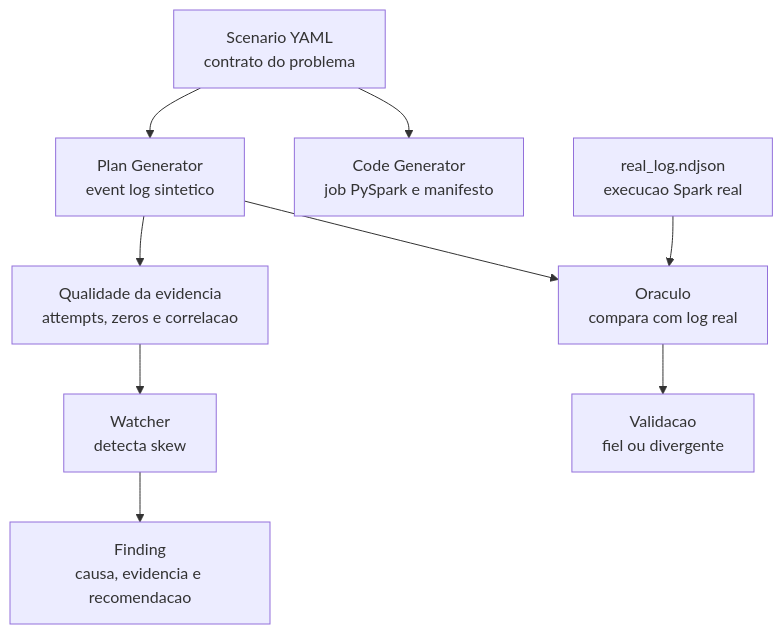
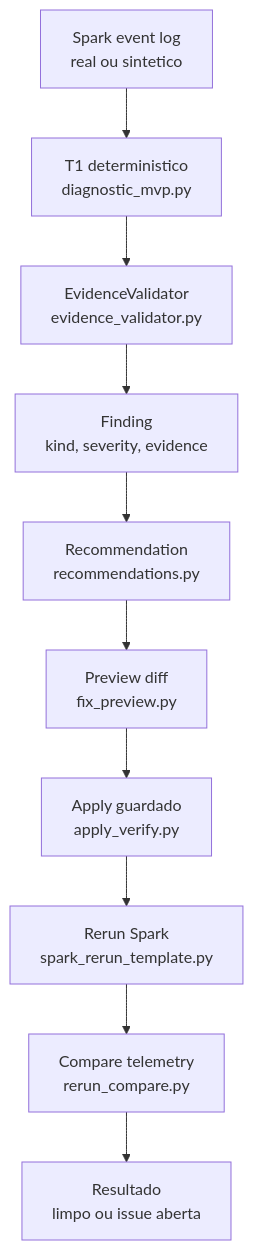
The diagram in README.md (luanmorenommaciel/apex), drawn with Mermaid before and after one commit. The commit also changed other lines of this file and 3 other files, not shown here.

````diff
--- a/README.md
+++ b/README.md
@@ -54,11 +47,12 @@
 ```mermaid
 flowchart TD
-    A["Scenario YAML<br/>contrato do problema"] --> B["Plan Generator<br/>event log sintetico"]
-    A --> C["Code Generator<br/>job PySpark e manifesto"]
-    B --> Q["Qualidade da evidencia<br/>attempts, zeros e correlacao"]
-    Q --> D["Watcher<br/>detecta skew"]
-    D --> E["Finding<br/>causa, evidencia e recomendacao"]
-    B --> F["Oraculo<br/>compara com log real"]
-    G["real_log.ndjson<br/>execucao Spark real"] --> F
-    F --> H["Validacao<br/>fiel ou divergente"]
+    LOG["Spark event log<br/>real ou sintetico"] --> T1["T1 deterministico<br/>diagnostic_mvp.py"]
+    T1 --> VAL["EvidenceValidator<br/>evidence_validator.py"]
+    VAL --> FIND["Finding<br/>kind, severity, evidence"]
+    FIND --> REC["Recommendation<br/>recommendations.py"]
+    REC --> PREV["Preview diff<br/>fix_preview.py"]
+    PREV --> APPLY["Apply guardado<br/>apply_verify.py"]
+    APPLY --> RERUN["Rerun Spark<br/>spark_rerun_template.py"]
+    RERUN --> CMP["Compare telemetry<br/>rerun_compare.py"]
+    CMP --> OUT["Resultado<br/>limpo ou issue aberta"]
 ```
````
